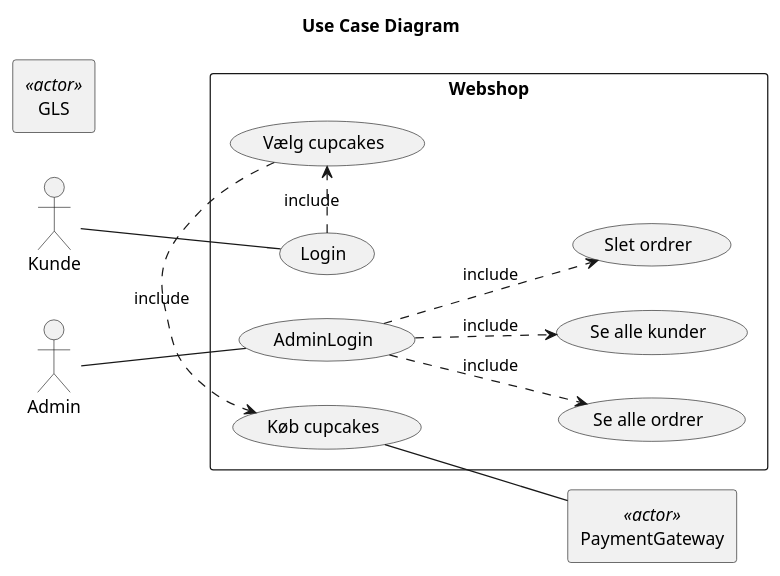
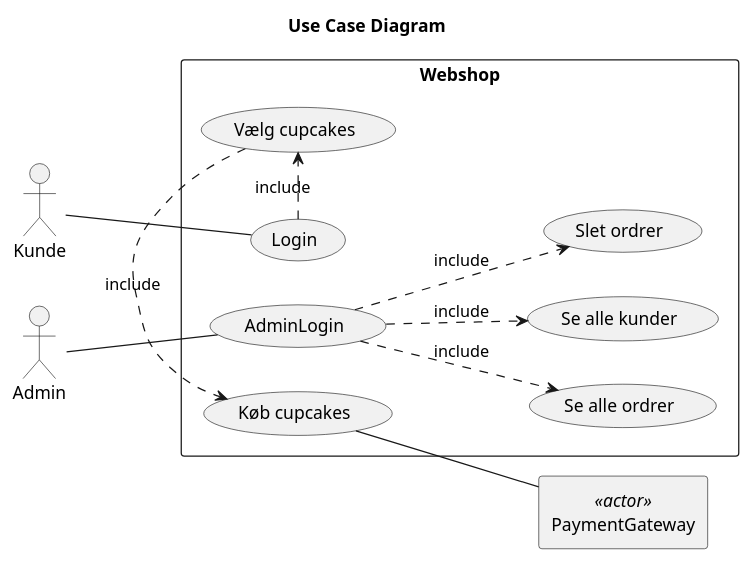
The diagram in src/main/PlantUML Diagrams/Use case diagram/Use Case Diagram.puml (benskov95/Cupcake_Webshop), drawn with PlantUML before and after one commit. The commit also changed 2 other files, not shown here.

Commit message:
småting er lige blevet ændret

```diff
--- a/src/main/PlantUML Diagrams/Use case diagram/Use Case Diagram.puml
+++ b/src/main/PlantUML Diagrams/Use case diagram/Use Case Diagram.puml
@@ -1,20 +1,19 @@
 @startuml
 left to right direction
 Title Use Case Diagram
 actor Kunde
 actor Admin
 rectangle PaymentGateway <<actor>>
-rectangle GLS <<actor>>
 rectangle Webshop {
   (Login) .> (Vælg cupcakes) : include
   (Vælg cupcakes) .> (Køb cupcakes) : include
 
   Kunde -- (Login)
   Admin --(AdminLogin)
 
     (AdminLogin) ..> (Se alle ordrer) : include
     (AdminLogin) ..> (Se alle kunder) : include
     (AdminLogin) ..> (Slet ordrer) : include
   (Køb cupcakes) -- PaymentGateway
 }
 @enduml
```
